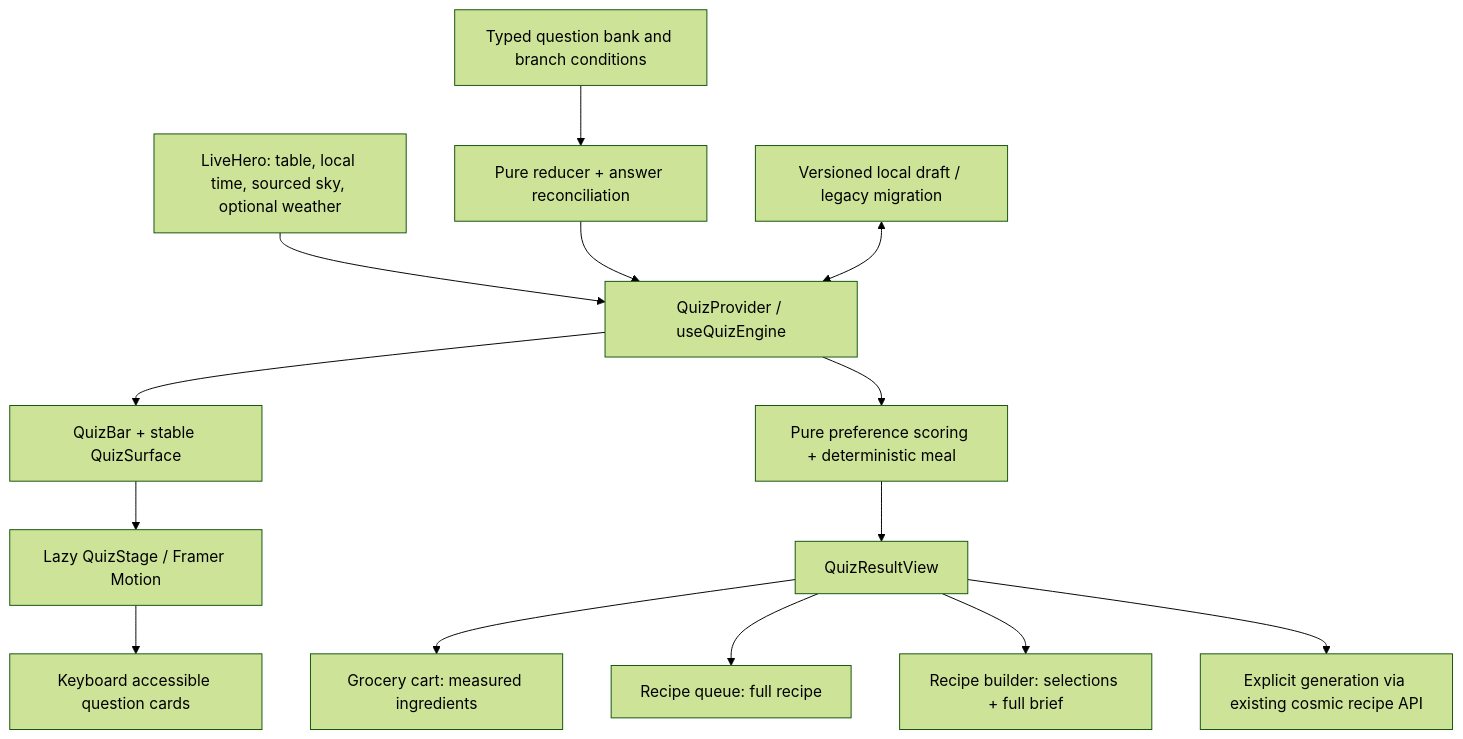
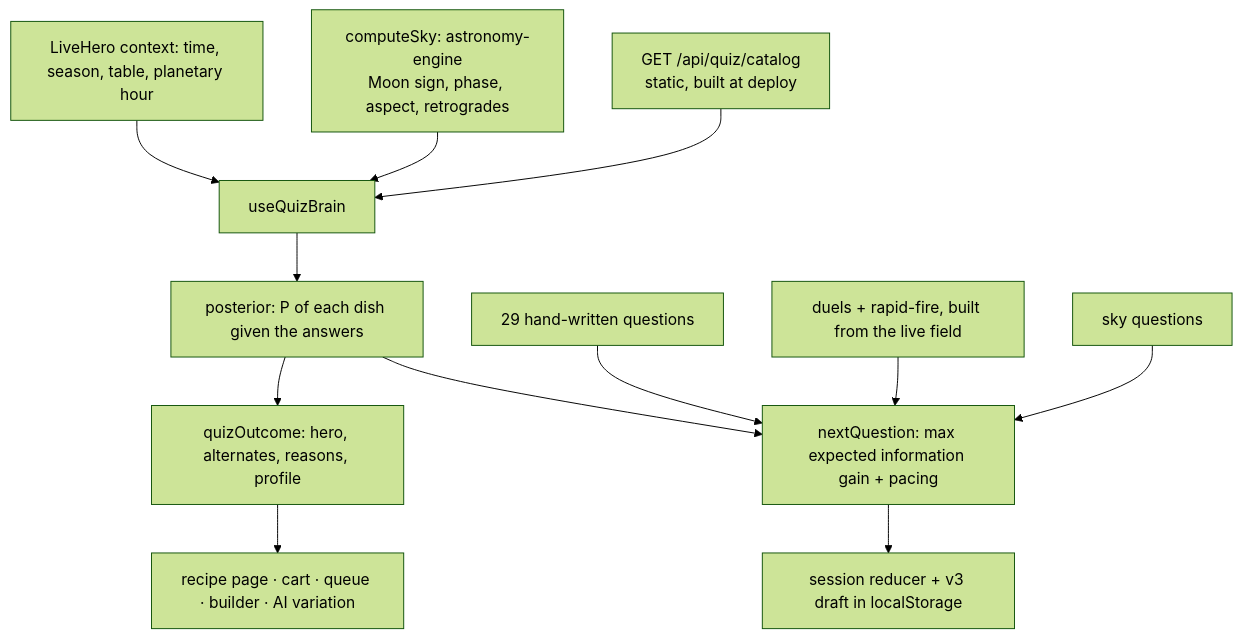
The diagram in docs/features/adaptive-meal-quiz.md (gregcastro23/WhatToEatNext), drawn with Mermaid (forest theme) before and after one commit. The commit also changed other lines of this file and 63 other files, not shown here.

First line of the commit message:
feat(quiz): adaptive 'What are you hungry for?' quiz over real recipes, with live-sky questions (#938)

````diff
--- a/docs/features/adaptive-meal-quiz.md
+++ b/docs/features/adaptive-meal-quiz.md
@@ -7,16 +9,14 @@
 ```mermaid
 flowchart TD
-  Hero[LiveHero: table, local time, sourced sky, optional weather] --> Provider[QuizProvider / useQuizEngine]
-  Bank[Typed question bank and branch conditions] --> Machine[Pure reducer + answer reconciliation]
-  Machine --> Provider
-  Storage[Versioned local draft / legacy migration] <--> Provider
-  Provider --> Bar[QuizBar + stable QuizSurface]
-  Bar --> Stage[Lazy QuizStage / Framer Motion]
-  Stage --> Questions[Keyboard accessible question cards]
-  Provider --> Score[Pure preference scoring + deterministic meal]
-  Score --> Result[QuizResultView]
-  Result --> Cart[Grocery cart: measured ingredients]
-  Result --> Queue[Recipe queue: full recipe]
-  Result --> Builder[Recipe builder: selections + full brief]
-  Result --> AI[Explicit generation via existing cosmic recipe API]
+  Catalog[GET /api/quiz/catalog<br/>static, built at deploy] --> Brain[useQuizBrain]
+  Sky[computeSky: astronomy-engine<br/>Moon sign, phase, aspect, retrogrades] --> Brain
+  Hero[LiveHero context: time, season, table, planetary hour] --> Brain
+  Brain --> Posterior[posterior: P of each dish given the answers]
+  Posterior --> Selector[nextQuestion: max expected information gain + pacing]
+  Bank[29 hand-written questions] --> Selector
+  Generated[duels + rapid-fire, built from the live field] --> Selector
+  SkyQ[sky questions] --> Selector
+  Selector --> Session[session reducer + v3 draft in localStorage]
+  Posterior --> Result[quizOutcome: hero, alternates, reasons, profile]
+  Result --> Actions[recipe page · cart · queue · builder · AI variation]
 ```
````
